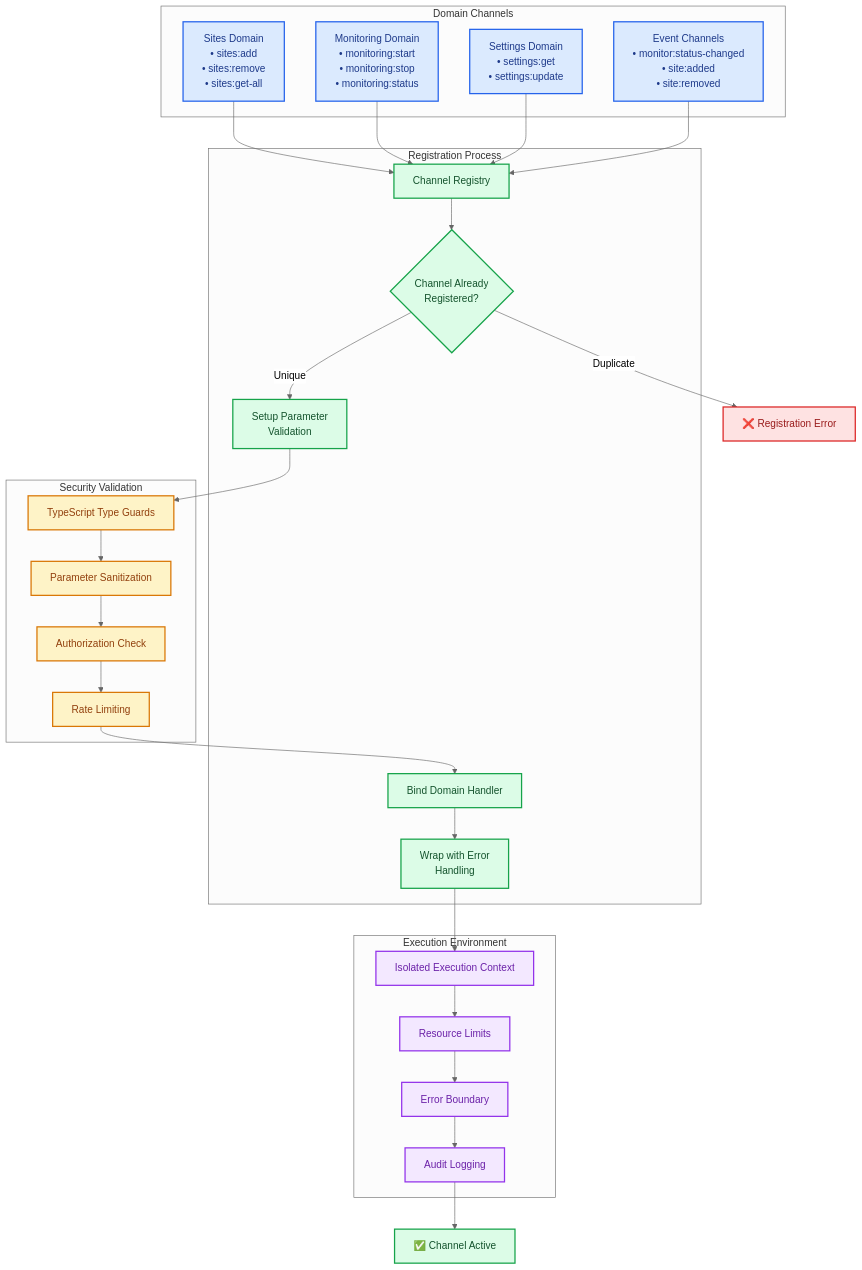
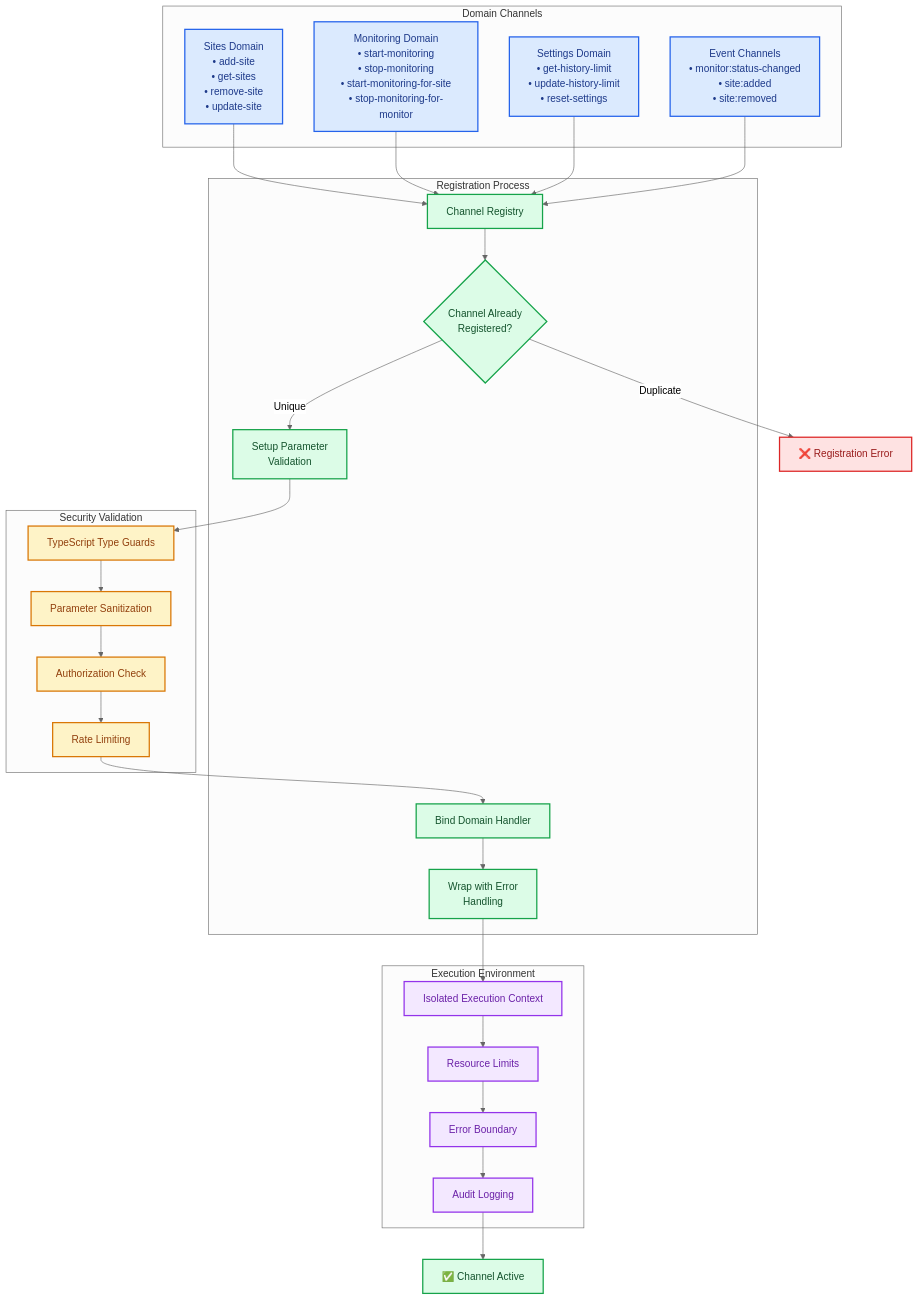
Before and after one commit to Nick2bad4u/Uptime-Watcher: the third of 4 diagrams in docs/Architecture/ADRs/ADR_005_IPC_COMMUNICATION_PROTOCOL.md, drawn with Mermaid (neutral theme). The commit also changed other lines of this file and 53 other files, not shown here.

````diff
--- a/docs/Architecture/ADRs/ADR_005_IPC_COMMUNICATION_PROTOCOL.md
+++ b/docs/Architecture/ADRs/ADR_005_IPC_COMMUNICATION_PROTOCOL.md
@@ -308,69 +326,69 @@
 ```mermaid
 flowchart TD
     subgraph "Domain Channels"
-        SitesChannels["Sites Domain<br/>• sites:add<br/>• sites:remove<br/>• sites:get-all"]
-        MonitoringChannels["Monitoring Domain<br/>• monitoring:start<br/>• monitoring:stop<br/>• monitoring:status"]
-        SettingsChannels["Settings Domain<br/>• settings:get<br/>• settings:update"]
+        SitesChannels["Sites Domain<br/>• add-site<br/>• get-sites<br/>• remove-site<br/>• update-site"]
+        MonitoringChannels["Monitoring Domain<br/>• start-monitoring<br/>• stop-monitoring<br/>• start-monitoring-for-site<br/>• stop-monitoring-for-monitor"]
+        SettingsChannels["Settings Domain<br/>• get-history-limit<br/>• update-history-limit<br/>• reset-settings"]
         EventChannels["Event Channels<br/>• monitor:status-changed<br/>• site:added<br/>• site:removed"]
     end
 
     subgraph "Registration Process"
         ChannelRegistry[Channel Registry]
         DuplicateCheck{Channel Already<br/>Registered?}
         ValidationSetup["Setup Parameter<br/>Validation"]
         HandlerBinding[Bind Domain Handler]
         ErrorWrapping["Wrap with Error<br/>Handling"]
     end
 
     subgraph "Security Validation"
         TypeGuards[TypeScript Type Guards]
         ParameterSanitization[Parameter Sanitization]
         AuthorizationCheck[Authorization Check]
         RateLimiting[Rate Limiting]
     end
 
     subgraph "Execution Environment"
         IsolatedContext[Isolated Execution Context]
         ResourceLimits[Resource Limits]
         ErrorBoundary[Error Boundary]
         AuditLogging[Audit Logging]
     end
 
     SitesChannels --> ChannelRegistry
     MonitoringChannels --> ChannelRegistry
     SettingsChannels --> ChannelRegistry
     EventChannels --> ChannelRegistry
 
     ChannelRegistry --> DuplicateCheck
     DuplicateCheck -->|Duplicate| RegistrationError[❌ Registration Error]
     DuplicateCheck -->|Unique| ValidationSetup
 
     ValidationSetup --> TypeGuards
     TypeGuards --> ParameterSanitization
     ParameterSanitization --> AuthorizationCheck
     AuthorizationCheck --> RateLimiting
 
     RateLimiting --> HandlerBinding
     HandlerBinding --> ErrorWrapping
     ErrorWrapping --> IsolatedContext
 
     IsolatedContext --> ResourceLimits
     ResourceLimits --> ErrorBoundary
     ErrorBoundary --> AuditLogging
 
     AuditLogging --> ChannelActive[✅ Channel Active]
 
     classDef domain fill:#dbeafe,stroke:#2563eb,stroke-width:2px,color:#1e3a8a
     classDef process fill:#dcfce7,stroke:#16a34a,stroke-width:2px,color:#14532d
     classDef security fill:#fef3c7,stroke:#d97706,stroke-width:2px,color:#92400e
     classDef execution fill:#f3e8ff,stroke:#9333ea,stroke-width:2px,color:#6b21a8
     classDef error fill:#fee2e2,stroke:#dc2626,stroke-width:2px,color:#991b1b
     classDef success fill:#dcfce7,stroke:#16a34a,stroke-width:2px,color:#14532d
 
     class SitesChannels,MonitoringChannels,SettingsChannels,EventChannels domain;
     class ChannelRegistry,DuplicateCheck,ValidationSetup,HandlerBinding,ErrorWrapping process;
     class TypeGuards,ParameterSanitization,AuthorizationCheck,RateLimiting security;
     class IsolatedContext,ResourceLimits,ErrorBoundary,AuditLogging execution;
     class RegistrationError error;
     class ChannelActive success;
 ```
````
